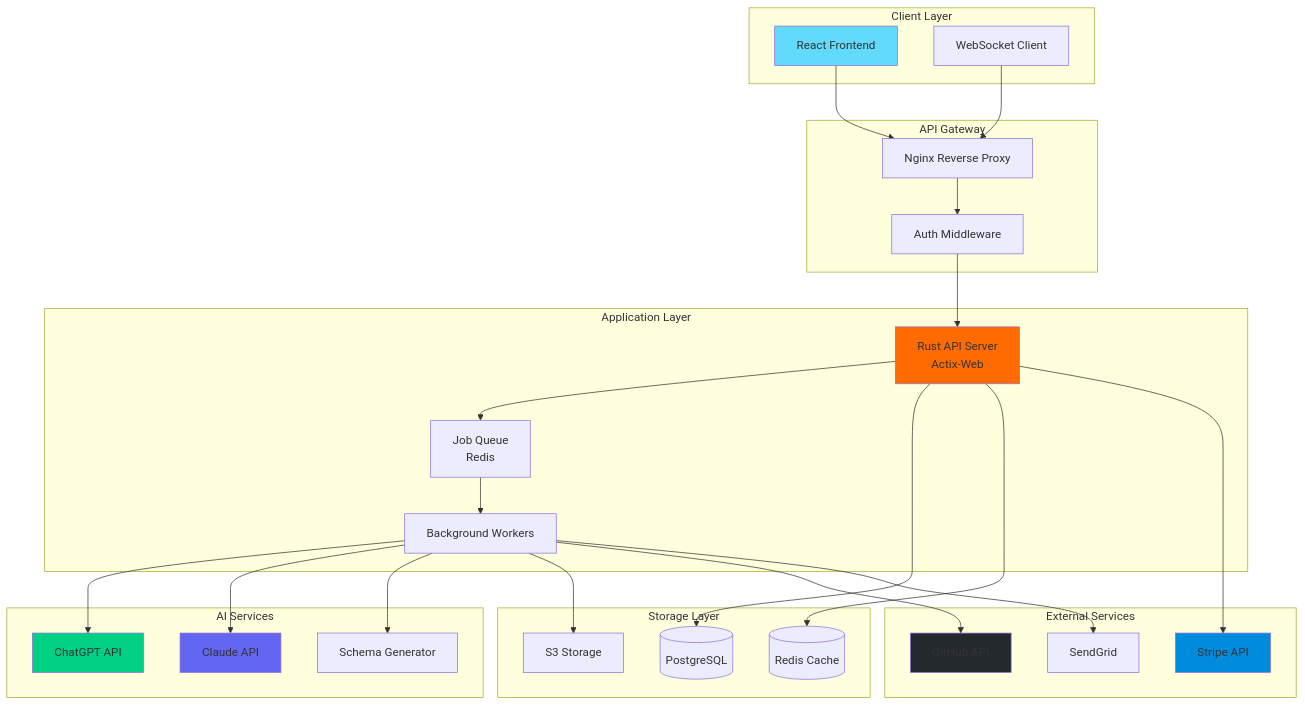
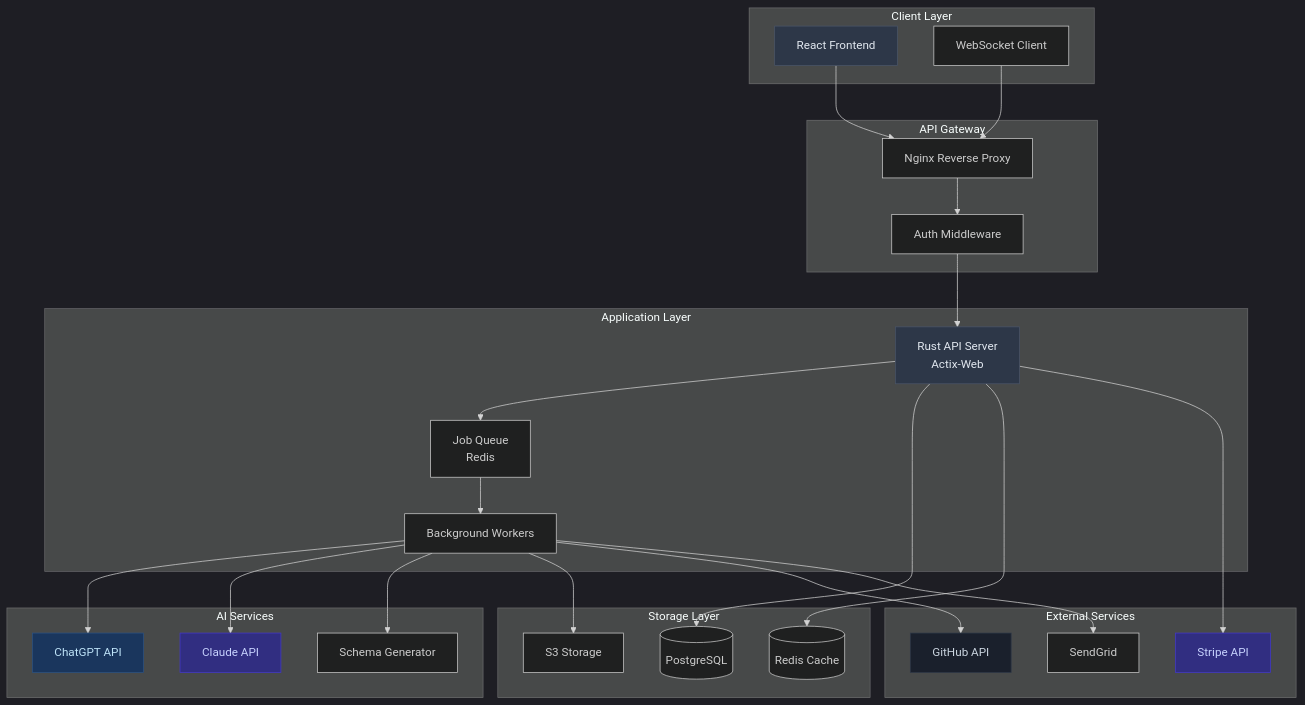
The first of 6 diagrams in README.md (Tim-Spurlin/MaxaMem), drawn with Mermaid before and after one commit. The commit also changed other lines of this file, not shown here.

````diff
--- a/README.md
+++ b/README.md
@@ -37,63 +37,64 @@
 ```mermaid
+%%{init: {'theme':'dark'}}%%
 graph TB
     subgraph "Client Layer"
         UI[React Frontend]
         WS[WebSocket Client]
     end
     
     subgraph "API Gateway"
         NGINX[Nginx Reverse Proxy]
         AUTH[Auth Middleware]
     end
     
     subgraph "Application Layer"
         API[Rust API Server<br/>Actix-Web]
         QUEUE[Job Queue<br/>Redis]
         WORKER[Background Workers]
     end
     
     subgraph "AI Services"
         GPT[ChatGPT API]
         CLAUDE[Claude API]
         SCHEMA[Schema Generator]
     end
     
     subgraph "Storage Layer"
         PG[(PostgreSQL)]
         REDIS[(Redis Cache)]
         S3[S3 Storage]
     end
     
     subgraph "External Services"
         GH[GitHub API]
         STRIPE[Stripe API]
         EMAIL[SendGrid]
     end
     
     UI --> NGINX
     WS --> NGINX
     NGINX --> AUTH
     AUTH --> API
     
     API --> QUEUE
     QUEUE --> WORKER
     
     WORKER --> GPT
     WORKER --> CLAUDE
     WORKER --> SCHEMA
     
     API --> PG
     API --> REDIS
     WORKER --> S3
     
     WORKER --> GH
     API --> STRIPE
     WORKER --> EMAIL
     
-    style UI fill:#61DAFB
-    style API fill:#FF6B00
-    style GPT fill:#00D084
-    style CLAUDE fill:#6366F1
-    style GH fill:#24292E
-    style STRIPE fill:#008CDD
+    style UI fill:#2D3748,stroke:#4A5568,color:#E2E8F0
+    style API fill:#2D3748,stroke:#4A5568,color:#E2E8F0
+    style GPT fill:#1A365D,stroke:#2C5282,color:#BEE3F8
+    style CLAUDE fill:#312E81,stroke:#4338CA,color:#C7D2FE
+    style GH fill:#1A202C,stroke:#2D3748,color:#CBD5E0
+    style STRIPE fill:#312E81,stroke:#4338CA,color:#C7D2FE
 ```
````
